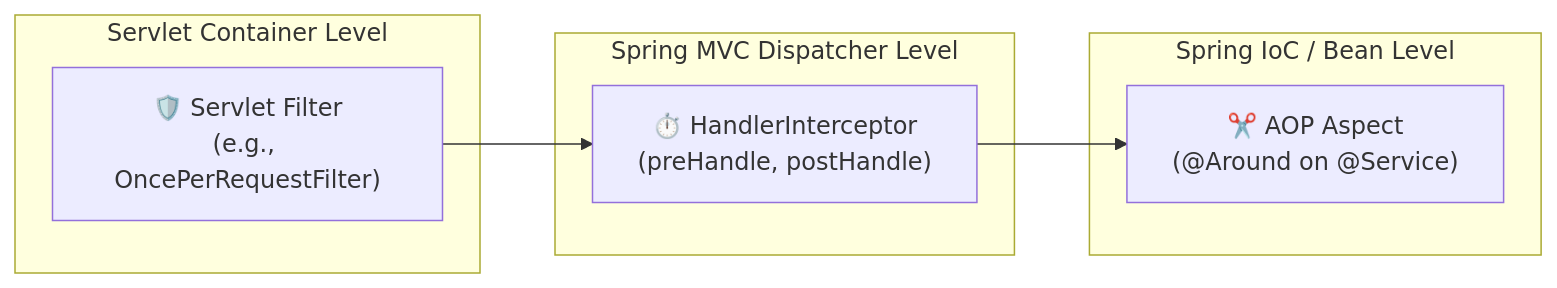
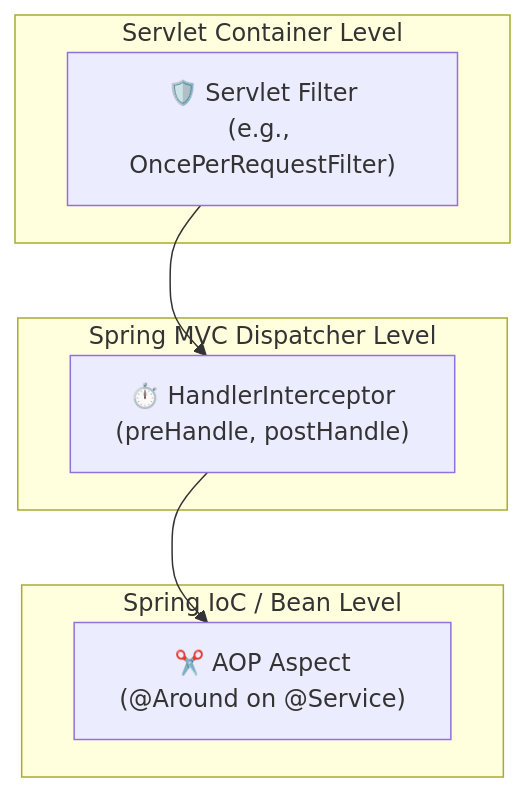
One commit to Rohit1024/spring-boot-mastery changed the fourth of 5 diagrams in docs/lessons/0006-servlet-architecture-and-dispatcherservlet.md. Above: the diagram before and after it, drawn with Mermaid. The commit also changed other lines of this file and 42 other files, not shown here.

````diff
--- a/docs/lessons/0006-servlet-architecture-and-dispatcherservlet.md
+++ b/docs/lessons/0006-servlet-architecture-and-dispatcherservlet.md
@@ -117,16 +117,18 @@
 ``` mermaid
-flowchart LR
+flowchart TD
     subgraph Container["Servlet Container Level"]
         F["🛡️ Servlet Filter<br/>(e.g., OncePerRequestFilter)"]
     end
 
     subgraph SpringMVC["Spring MVC Dispatcher Level"]
         I["⏱️ HandlerInterceptor<br/>(preHandle, postHandle)"]
     end
 
     subgraph CoreSpring["Spring IoC / Bean Level"]
         A["✂️ AOP Aspect<br/>(@Around on @Service)"]
     end
 
     F --> I --> A
+
+    Container ~~~ SpringMVC ~~~ CoreSpring
 ```
````
